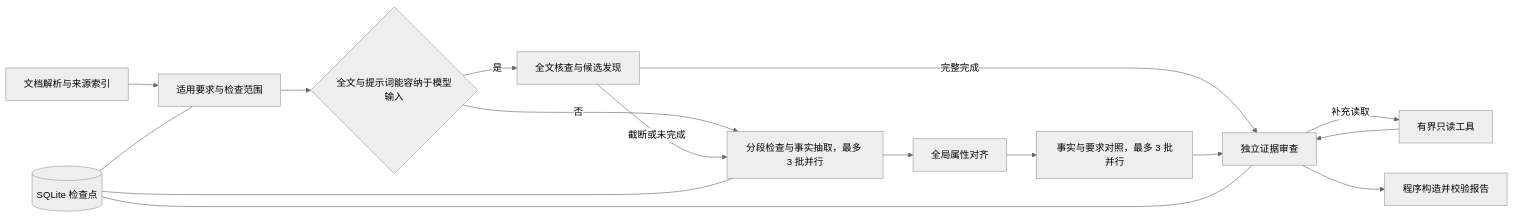
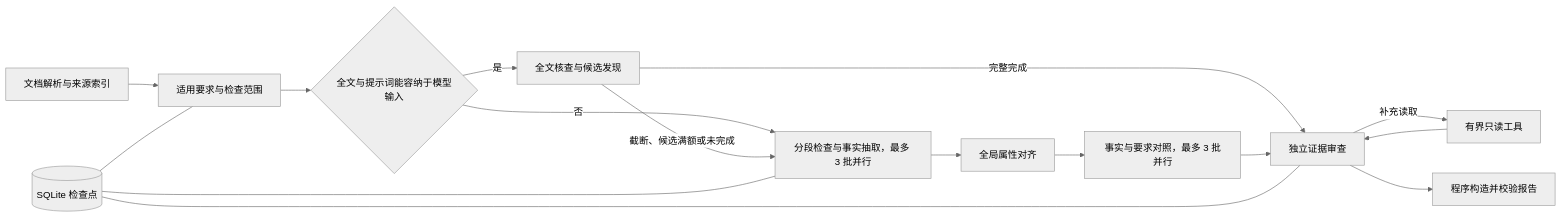
The diagram in docs/evidence-agent.md (VonSdite/Document-Check), drawn with Mermaid (neutral theme) before and after one commit. The commit also changed other lines of this file and 16 other files, not shown here.

````diff
--- a/docs/evidence-agent.md
+++ b/docs/evidence-agent.md
@@ -7,18 +7,18 @@
 ```mermaid
 flowchart LR
     source[文档解析与来源索引] --> plan[适用要求与检查范围]
     plan --> capacity{全文与提示词能容纳于模型输入}
     capacity -->|是| full[全文核查与候选发现]
     capacity -->|否| discover[分段检查与事实抽取，最多 3 批并行]
     full -->|完整完成| review[独立证据审查]
-    full -->|截断或未完成| discover
+    full -->|截断、候选满额或未完成| discover
     discover --> align[全局属性对齐]
     align --> compare[事实与要求对照，最多 3 批并行]
     compare --> review
     review -->|补充读取| tools[有界只读工具]
     tools --> review
     review --> report[程序构造并校验报告]
     checkpoint[(SQLite 检查点)] --- plan
     checkpoint --- discover
     checkpoint --- review
 ```
````
